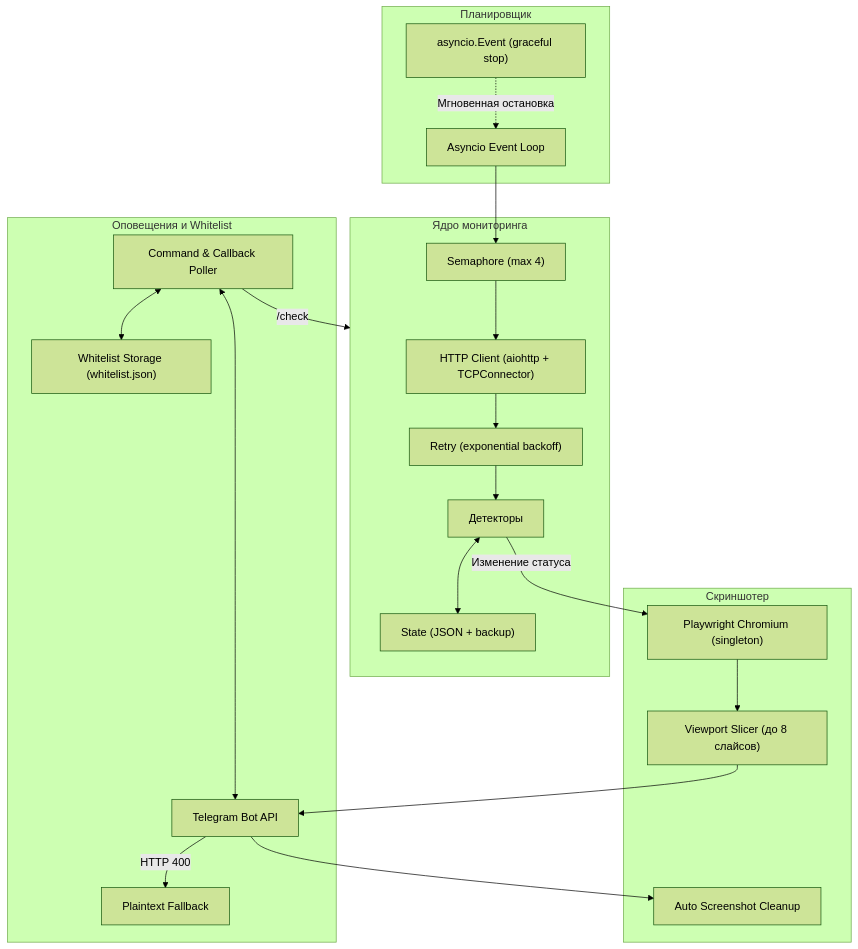
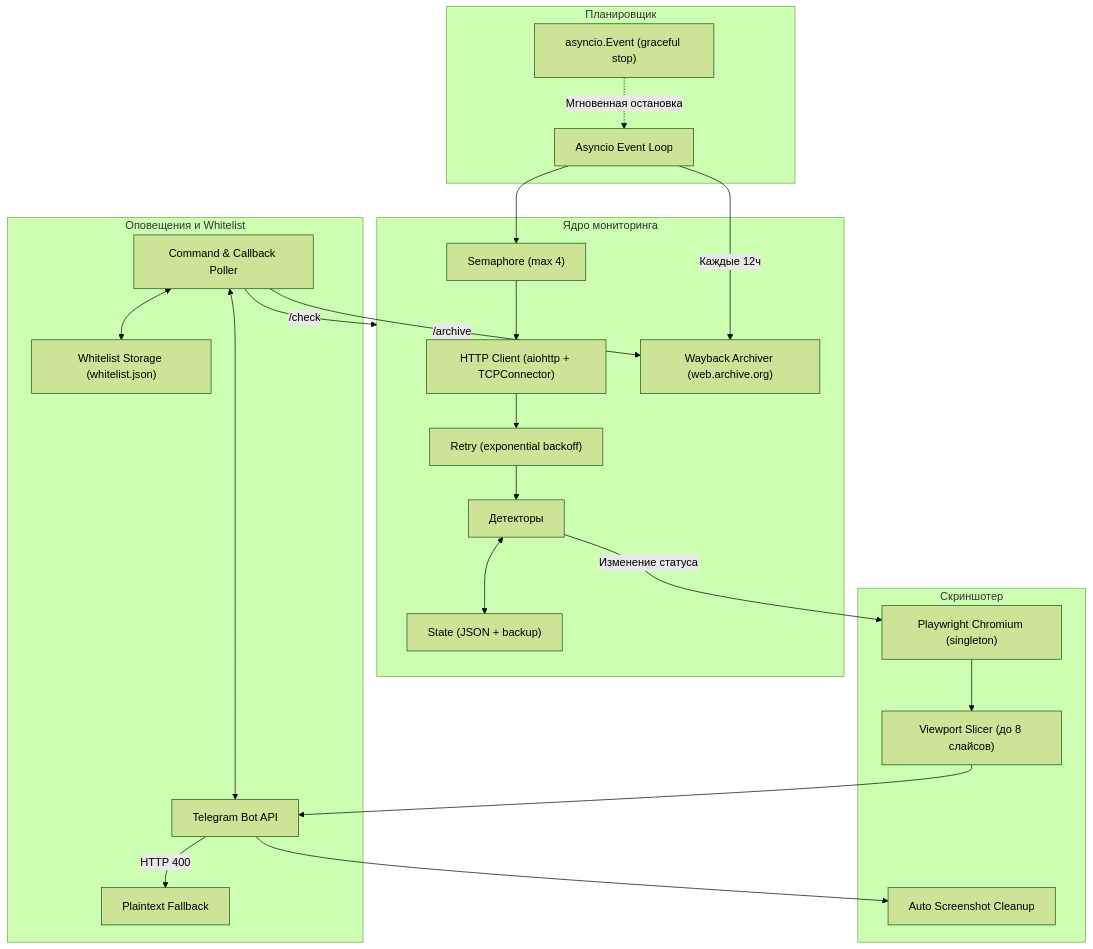
The diagram in README.md (booowieee/england-bot-watcher), drawn with Mermaid (forest theme) before and after one commit. The commit also changed other lines of this file and 5 other files, not shown here.

Commit message:
feat: add automatic 12h Wayback Machine archival and manual /archive command

````diff
--- a/README.md
+++ b/README.md
@@ -34,43 +38,46 @@
 ```mermaid
 graph TD
     subgraph Scheduler ["Планировщик"]
         Loop["Asyncio Event Loop"]
         StopEvent["asyncio.Event (graceful stop)"]
     end
 
     subgraph Engine ["Ядро мониторинга"]
         HTTP["HTTP Client (aiohttp + TCPConnector)"]
         Retry["Retry (exponential backoff)"]
         Semaphore["Semaphore (max 4)"]
         Detectors["Детекторы"]
         State["State (JSON + backup)"]
+        Archiver["Wayback Archiver (web.archive.org)"]
     end
 
     subgraph Verification ["Скриншотер"]
         Browser["Playwright Chromium (singleton)"]
         Slicer["Viewport Slicer (до 8 слайсов)"]
         DiskCleaner["Auto Screenshot Cleanup"]
     end
 
     subgraph Notifications ["Оповещения и Whitelist"]
         Telegram["Telegram Bot API"]
         Poller["Command & Callback Poller"]
         Whitelist["Whitelist Storage (whitelist.json)"]
         Fallback["Plaintext Fallback"]
     end
 
     Loop --> Semaphore
     StopEvent -.->|Мгновенная остановка| Loop
     Semaphore --> HTTP
     HTTP --> Retry
     Retry --> Detectors
     Detectors <--> State
     Detectors -->|Изменение статуса| Browser
     Browser --> Slicer
     Slicer --> Telegram
     Telegram --> DiskCleaner
     Telegram -->|HTTP 400| Fallback
     Poller <--> Telegram
     Poller <--> Whitelist
     Poller -->|/check| Engine
+    Poller -->|/archive| Archiver
+    Loop -->|Каждые 12ч| Archiver
 ```
````
